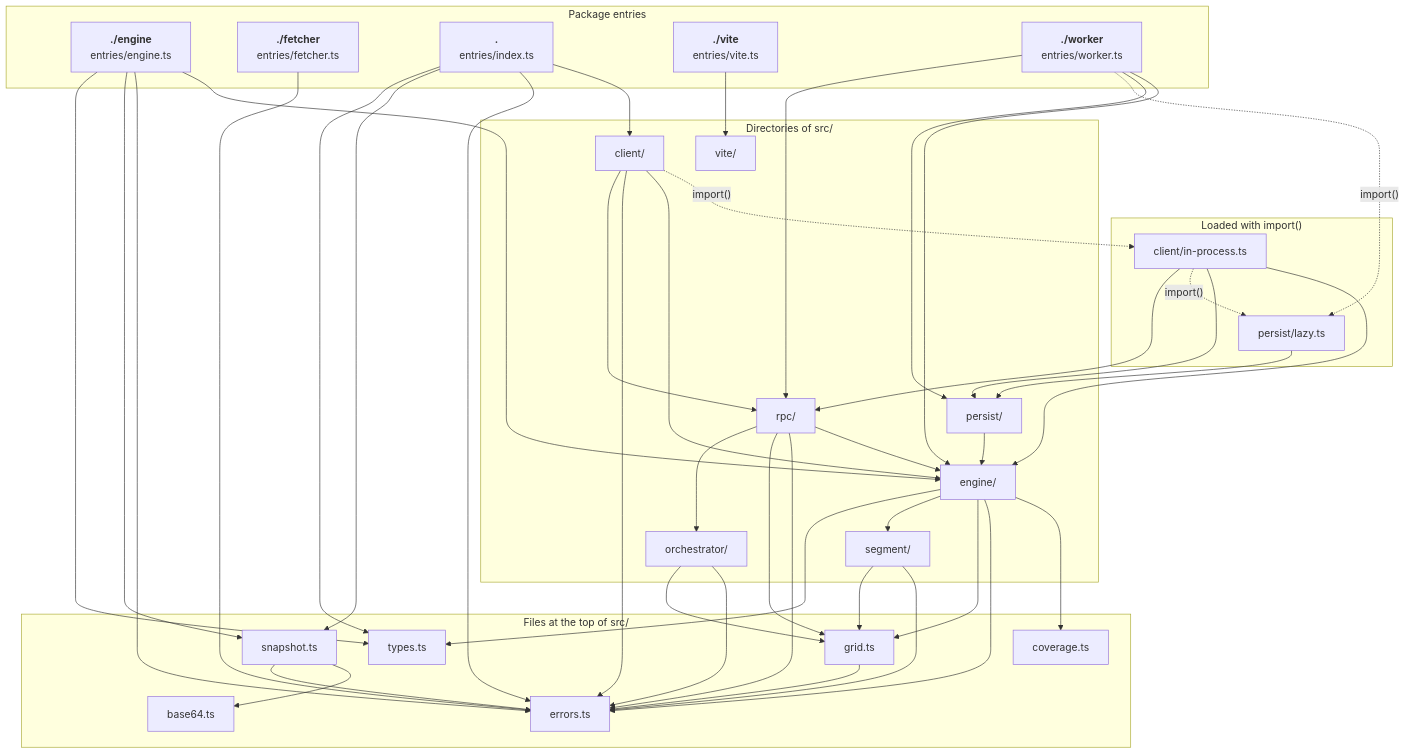
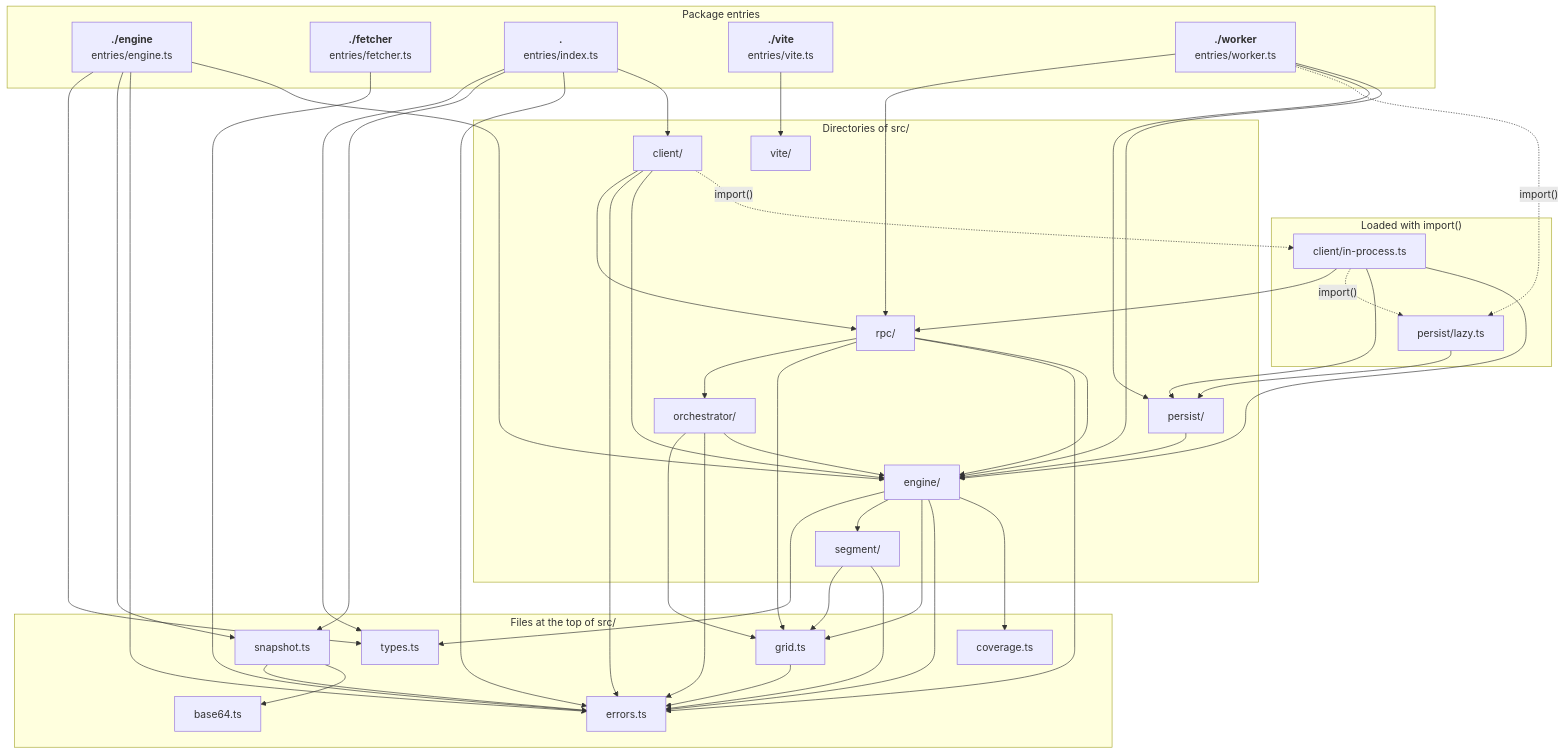
The diagram in site/how-it-works/package-map.md (anishbenji/tscache), drawn with Mermaid before and after one commit. The commit also changed other lines of this file and 7 other files, not shown here.

````diff
--- a/site/how-it-works/package-map.md
+++ b/site/how-it-works/package-map.md
@@ -37,71 +37,72 @@
 ```mermaid
 flowchart TB
   subgraph g_entry["Package entries"]
     n_entries_engine_ts["<b>./engine</b><br/>entries/engine.ts"]
     n_entries_fetcher_ts["<b>./fetcher</b><br/>entries/fetcher.ts"]
     n_entries_index_ts["<b>.</b><br/>entries/index.ts"]
     n_entries_vite_ts["<b>./vite</b><br/>entries/vite.ts"]
     n_entries_worker_ts["<b>./worker</b><br/>entries/worker.ts"]
   end
   subgraph g_chunk["Loaded with import()"]
     n_client_in_process_ts["client/in-process.ts"]
     n_persist_lazy_ts["persist/lazy.ts"]
   end
   subgraph g_dir["Directories of src/"]
     n_client_["client/"]
     n_engine_["engine/"]
     n_orchestrator_["orchestrator/"]
     n_persist_["persist/"]
     n_rpc_["rpc/"]
     n_segment_["segment/"]
     n_vite_["vite/"]
   end
   subgraph g_file["Files at the top of src/"]
     n_base64_ts["base64.ts"]
     n_coverage_ts["coverage.ts"]
     n_errors_ts["errors.ts"]
     n_grid_ts["grid.ts"]
     n_snapshot_ts["snapshot.ts"]
     n_types_ts["types.ts"]
   end
   n_client_ -. import() .-> n_client_in_process_ts
   n_client_ --> n_engine_
   n_client_ --> n_errors_ts
   n_client_ --> n_rpc_
   n_client_in_process_ts --> n_engine_
   n_client_in_process_ts --> n_persist_
   n_client_in_process_ts -. import() .-> n_persist_lazy_ts
   n_client_in_process_ts --> n_rpc_
   n_engine_ --> n_coverage_ts
   n_engine_ --> n_errors_ts
   n_engine_ --> n_grid_ts
   n_engine_ --> n_segment_
   n_engine_ --> n_types_ts
   n_entries_engine_ts --> n_engine_
   n_entries_engine_ts --> n_errors_ts
   n_entries_engine_ts --> n_snapshot_ts
   n_entries_engine_ts --> n_types_ts
   n_entries_fetcher_ts --> n_errors_ts
   n_entries_index_ts --> n_client_
   n_entries_index_ts --> n_errors_ts
   n_entries_index_ts --> n_snapshot_ts
   n_entries_index_ts --> n_types_ts
   n_entries_vite_ts --> n_vite_
   n_entries_worker_ts --> n_engine_
   n_entries_worker_ts --> n_persist_
   n_entries_worker_ts -. import() .-> n_persist_lazy_ts
   n_entries_worker_ts --> n_rpc_
   n_grid_ts --> n_errors_ts
+  n_orchestrator_ --> n_engine_
   n_orchestrator_ --> n_errors_ts
   n_orchestrator_ --> n_grid_ts
   n_persist_ --> n_engine_
   n_persist_lazy_ts --> n_persist_
   n_rpc_ --> n_engine_
   n_rpc_ --> n_errors_ts
   n_rpc_ --> n_grid_ts
   n_rpc_ --> n_orchestrator_
   n_segment_ --> n_errors_ts
   n_segment_ --> n_grid_ts
   n_snapshot_ts --> n_base64_ts
   n_snapshot_ts --> n_errors_ts
 ```
````
